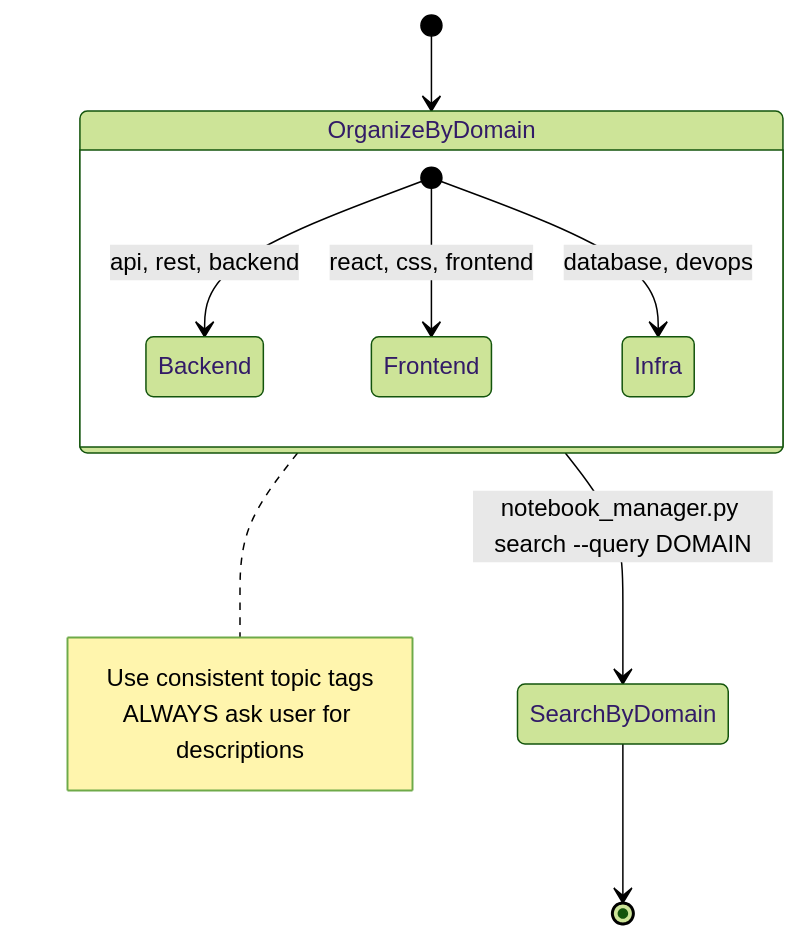
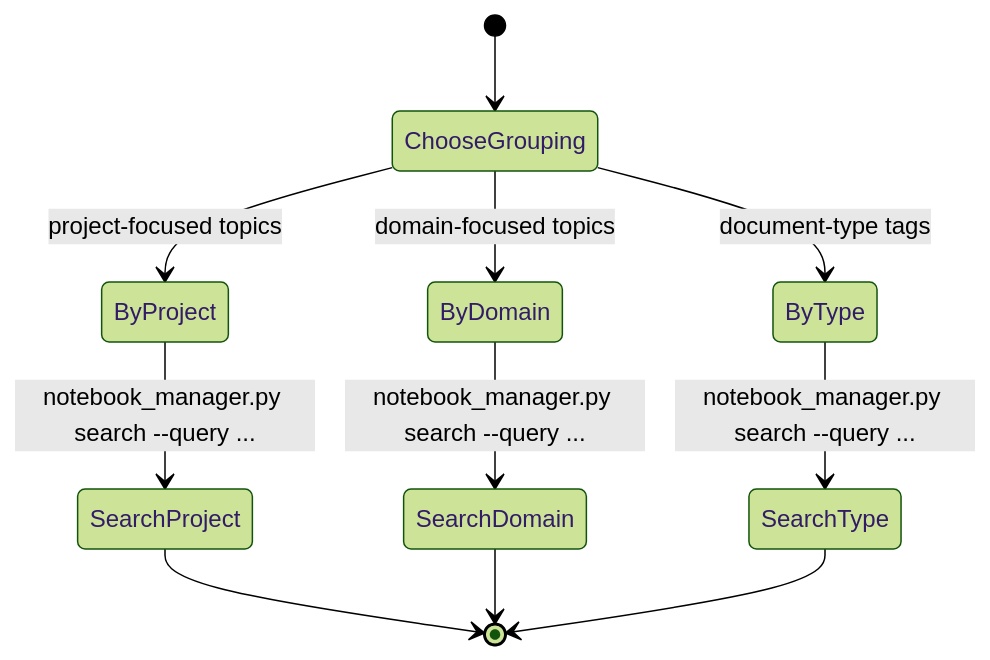
One commit to khengyun/notebooklm-experts-skill changed the eighth of 11 diagrams in references/usage_patterns.md. Above: the diagram before and after it, drawn with Mermaid (forest theme). The commit also changed other lines of this file and 23 other files, not shown here.

````diff
--- a/references/usage_patterns.md
+++ b/references/usage_patterns.md
@@ -184,18 +162,17 @@
 ```mermaid
 stateDiagram-v2
-    [*] --> OrganizeByDomain
+    [*] --> ChooseGrouping
 
-    state OrganizeByDomain {
-        [*] --> Backend: api, rest, backend
-        [*] --> Frontend: react, css, frontend
-        [*] --> Infra: database, devops
-    }
+    state ChooseGrouping <<choice>>
+    ChooseGrouping --> ByProject: project-focused topics
+    ChooseGrouping --> ByDomain: domain-focused topics
+    ChooseGrouping --> ByType: document-type tags
 
-    OrganizeByDomain --> SearchByDomain: notebook_manager.py search --query DOMAIN
-    SearchByDomain --> [*]
+    ByProject --> SearchProject: notebook_manager.py search --query ...
+    ByDomain --> SearchDomain: notebook_manager.py search --query ...
+    ByType --> SearchType: notebook_manager.py search --query ...
 
-    note right of OrganizeByDomain
-        Use consistent topic tags
-        ALWAYS ask user for descriptions
-    end note
+    SearchProject --> [*]
+    SearchDomain --> [*]
+    SearchType --> [*]
 ```
````
